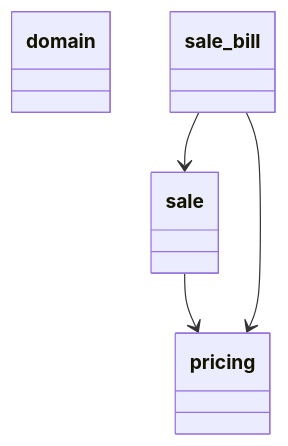
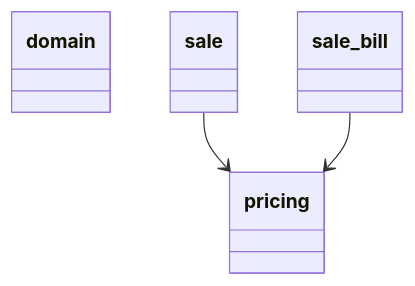
The first of 6 diagrams in docs/architecture/generated/classes/sales.md (GonzaloZevallos/apostrophe), drawn with Mermaid before and after one commit. The commit also changed other lines of this file and 5 other files, not shown here.

Commit message:
Regenerate the API and architecture docs for payment_method_id

````diff
--- a/docs/architecture/generated/classes/sales.md
+++ b/docs/architecture/generated/classes/sales.md
@@ -11,14 +11,13 @@
 ```mermaid
 classDiagram
   class domain {
   }
   class pricing {
   }
   class sale {
   }
   class sale_bill {
   }
   sale --> pricing
   sale_bill --> pricing
-  sale_bill --> sale
 ```
````
